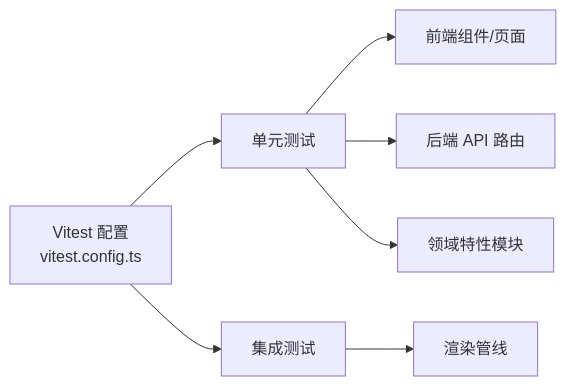
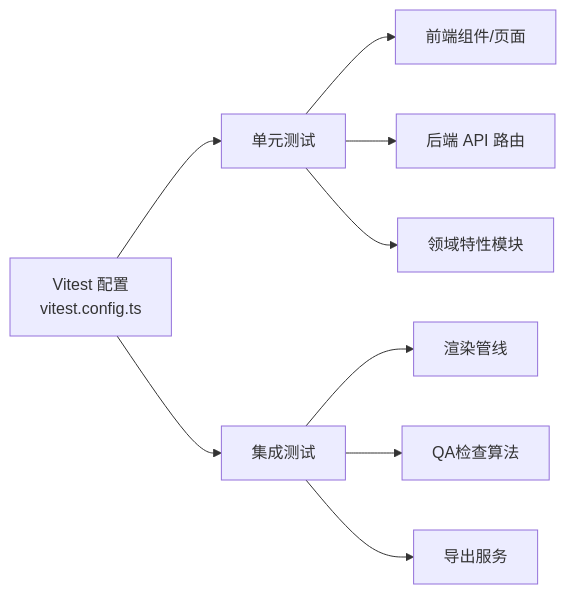
Before and after one commit to AIMFllyYS/code-video-canvas: the third of 3 diagrams in .qoder/repowiki/zh/content/开发指南/测试策略/测试策略.md, drawn with Mermaid. The commit also changed other lines of this file and 7 other files, not shown here.

````diff
--- a/.qoder/repowiki/zh/content/开发指南/测试策略/测试策略.md
+++ b/.qoder/repowiki/zh/content/开发指南/测试策略/测试策略.md
@@ -245,9 +280,11 @@
 ```mermaid
 graph LR
 VCFG["Vitest 配置<br/>vitest.config.ts"] --> UTS["单元测试"]
 VCFG --> ITS["集成测试"]
 UTS --> FE["前端组件/页面"]
 UTS --> BE["后端 API 路由"]
 UTS --> DOMAINS["领域特性模块"]
 ITS --> PIPE["渲染管线"]
+ITS --> QA["QA检查算法"]
+ITS --> EXPORT["导出服务"]
 ```
````
